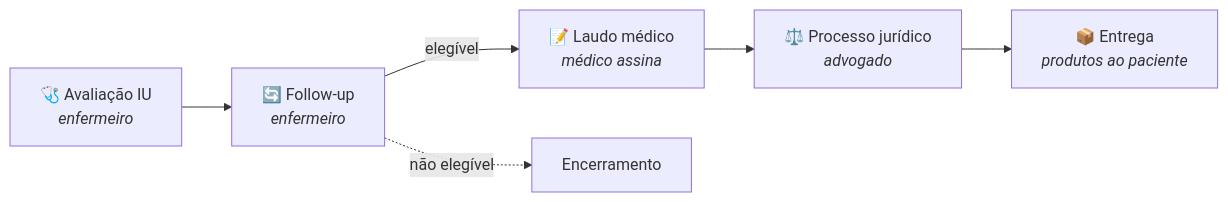
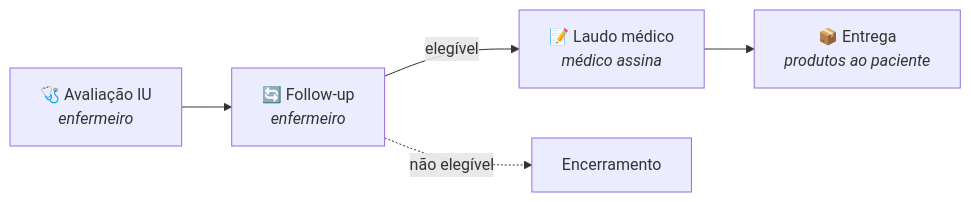
One commit to ericolimaeducador-ux/nuvita changed the first of 2 diagrams in README.md. Above: the diagram before and after it, drawn with Mermaid. The commit also changed other lines of this file and 63 other files, not shown here.

````diff
--- a/README.md
+++ b/README.md
@@ -92,8 +91,7 @@
 ```mermaid
 flowchart LR
     A["🩺 Avaliação IU<br/><i>enfermeiro</i>"] --> B["🔄 Follow-up<br/><i>enfermeiro</i>"]
     B -->|elegível| C["📝 Laudo médico<br/><i>médico assina</i>"]
-    C --> D["⚖️ Processo jurídico<br/><i>advogado</i>"]
-    D --> E["📦 Entrega<br/><i>produtos ao paciente</i>"]
+    C --> E["📦 Entrega<br/><i>produtos ao paciente</i>"]
     B -.->|não elegível| F["Encerramento"]
 ```
````
